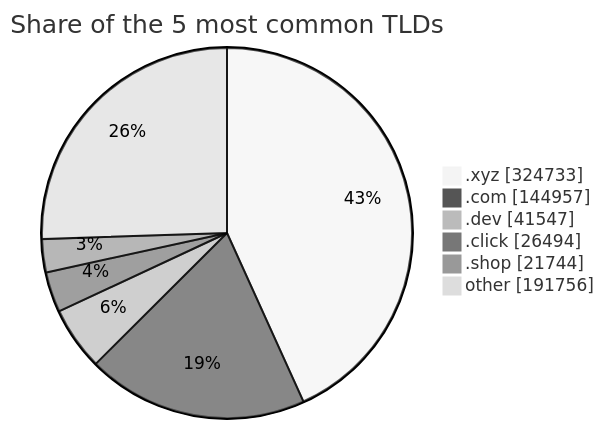
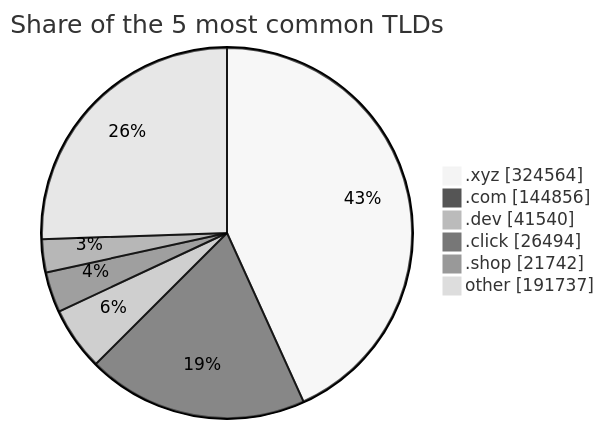
Before and after one commit to DNSBunker/CTI: the third of 3 diagrams in README.md, drawn with Mermaid (neutral theme). The commit also changed other lines of this file and 3 other files, not shown here.

````diff
--- a/README.md
+++ b/README.md
@@ -81,9 +81,9 @@
 ```mermaid
 pie showData title Share of the 5 most common TLDs
-    ".xyz" : 324733
-    ".com" : 144957
-    ".dev" : 41547
+    ".xyz" : 324564
+    ".com" : 144856
+    ".dev" : 41540
     ".click" : 26494
-    ".shop" : 21744
-    "other" : 191756
+    ".shop" : 21742
+    "other" : 191737
 ```
````
